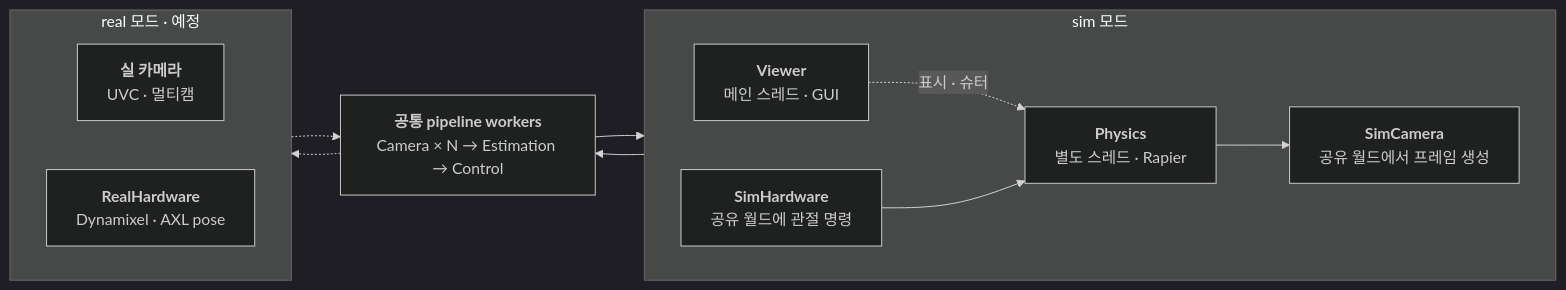
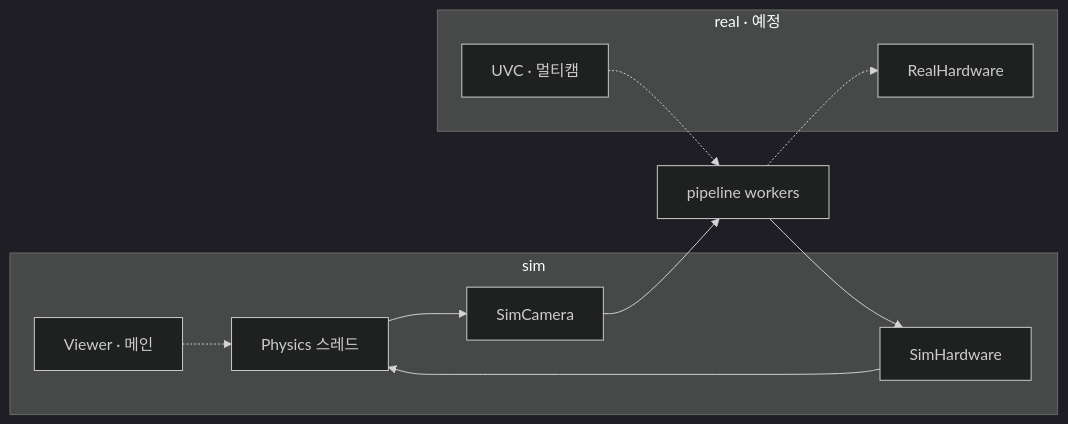
The third of 4 diagrams in README.md (luv-all/pingpong-bot), drawn with Mermaid (dark theme) before and after one commit. The commit also changed other lines of this file, not shown here.

````diff
--- a/README.md
+++ b/README.md
@@ -206,24 +182,22 @@
 ```mermaid
 flowchart LR
-  subgraph simSide ["sim 모드"]
-    direction LR
-    viewer["<b>Viewer</b><br/>메인 스레드 · GUI"]
-    physics["<b>Physics</b><br/>별도 스레드 · Rapier"]
-    simCamera["<b>SimCamera</b><br/>공유 월드에서 프레임 생성"]
-    simHardware["<b>SimHardware</b><br/>공유 월드에 관절 명령"]
-    viewer -.->|표시 · 슈터| physics
+  subgraph simSide ["sim"]
+    viewer["Viewer · 메인"]
+    physics["Physics 스레드"]
+    simCamera["SimCamera"]
+    simHw["SimHardware"]
+    viewer -.-> physics
     physics --> simCamera
-    simHardware --> physics
+    simHw --> physics
   end
 
-  common["<b>공통 pipeline workers</b><br/>Camera × N → Estimation → Control"]
-  simCamera --> common --> simHardware
+  common["pipeline workers"]
+  simCamera --> common --> simHw
 
-  subgraph realSide ["real 모드 · 예정"]
-    direction LR
-    realCamera["<b>실 카메라</b><br/>UVC · 멀티캠"]
-    realHardware["<b>RealHardware</b><br/>Dynamixel · AXL pose"]
+  subgraph realSide ["real · 예정"]
+    realCamera["UVC · 멀티캠"]
+    realHw["RealHardware"]
   end
 
-  realCamera -.-> common -.-> realHardware
+  realCamera -.-> common -.-> realHw
 ```
````
